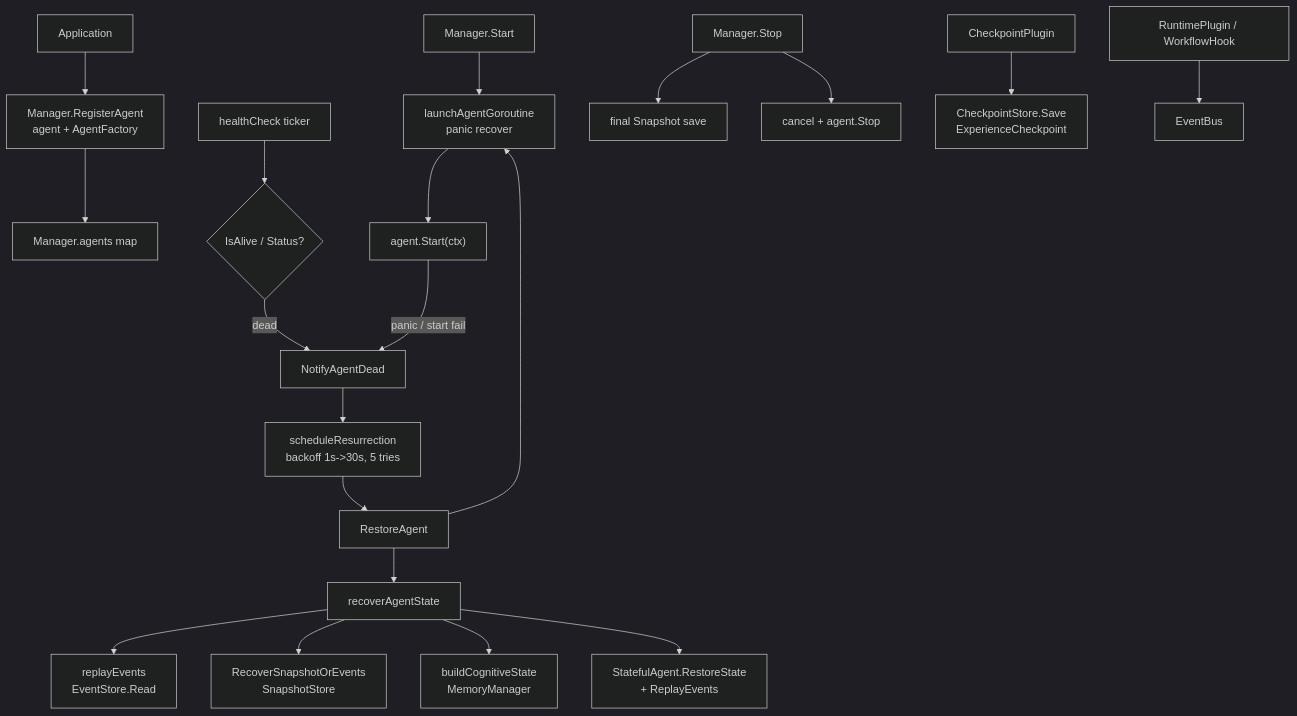
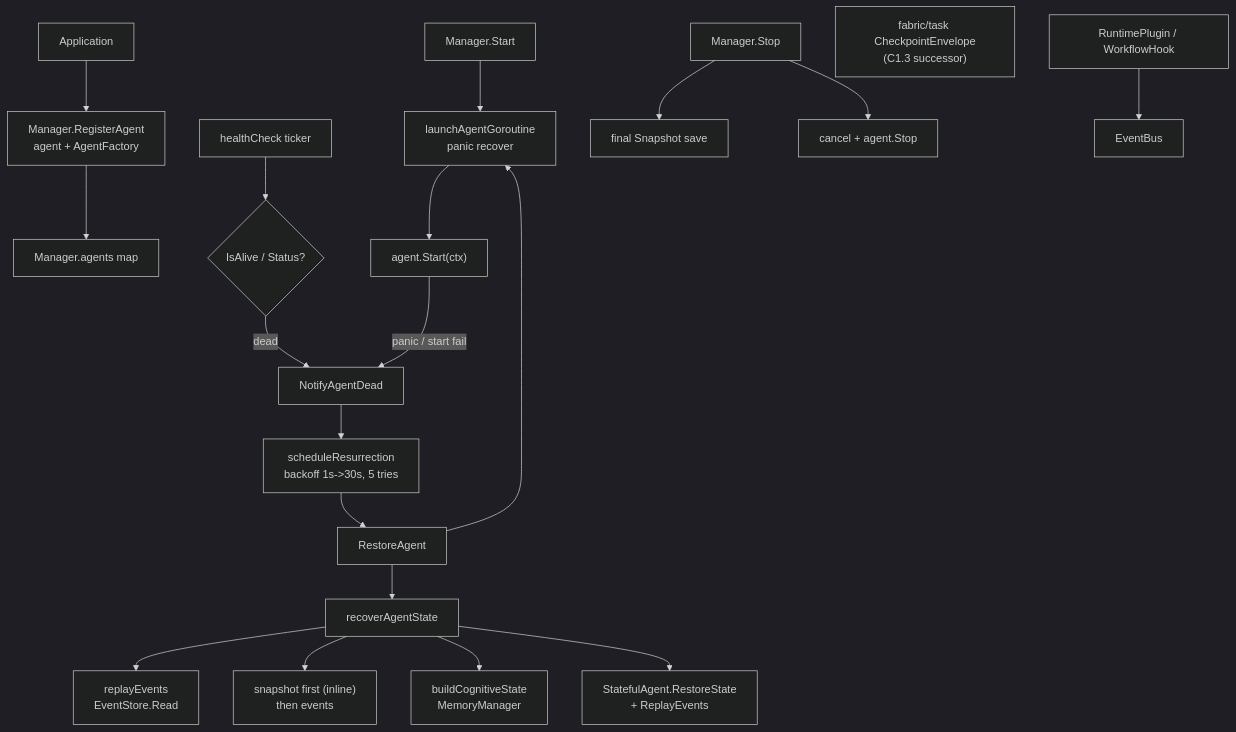
One commit to Timwood0x10/ARES_Docs changed the diagram in content/modules/ares_runtime.en.md. Above: the diagram before and after it, drawn with Mermaid (dark theme). The commit also changed other lines of this file and 75 other files, not shown here.

Commit message:
docs(architecture): Update runtime layering and ARES Kernel documentation

````diff
--- a/content/modules/ares_runtime.en.md
+++ b/content/modules/ares_runtime.en.md
@@ -39,22 +49,22 @@
 ```mermaid
 flowchart TD
     APP["Application"] --> RG["Manager.RegisterAgent<br/>agent + AgentFactory"]
     RG --> M["Manager.agents map"]
     ST["Manager.Start"] --> L["launchAgentGoroutine<br/>panic recover"]
     L --> AG["agent.Start(ctx)"]
     HC["healthCheck ticker"] --> AL{"IsAlive / Status?"}
     AL -- dead --> NAD["NotifyAgentDead"]
     AG -- panic / start fail --> NAD
     NAD --> SR["scheduleResurrection<br/>backoff 1s->30s, 5 tries"]
     SR --> RA["RestoreAgent"]
     RA --> RC["recoverAgentState"]
     RC --> RPL["replayEvents<br/>EventStore.Read"]
-    RC --> SNAP["RecoverSnapshotOrEvents<br/>SnapshotStore"]
+    RC --> SNAP["snapshot first (inline)<br/>then events"]
     RC --> COG["buildCognitiveState<br/>MemoryManager"]
     RC --> RS["StatefulAgent.RestoreState<br/>+ ReplayEvents"]
     RA --> L
     STOP["Manager.Stop"] --> FS["final Snapshot save"]
     STOP --> CST["cancel + agent.Stop"]
-    CP["CheckpointPlugin"] --> CK["CheckpointStore.Save<br/>ExperienceCheckpoint"]
+    CK["fabric/task CheckpointEnvelope<br/>(C1.3 successor)"]
     PLG["RuntimePlugin / WorkflowHook"] --> BUS["EventBus"]
 ```
````
